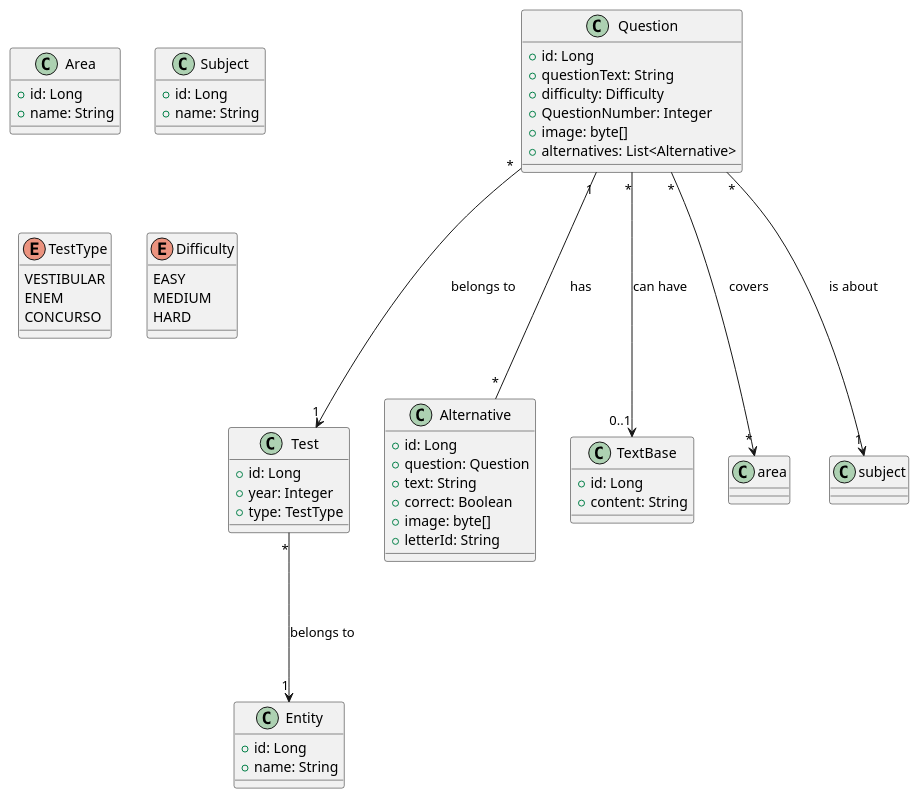
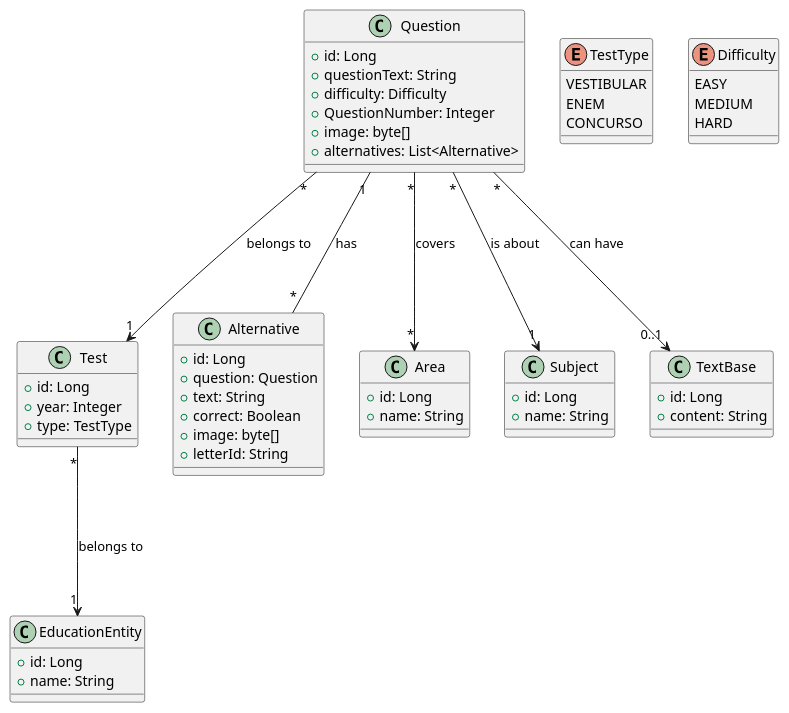
One commit to danielgut763/Stooda changed the diagram in documentation/diagrama.puml. Above: the diagram before and after it, drawn with PlantUML.

Commit message:
documentation att2

```diff
--- a/documentation/diagrama.puml
+++ b/documentation/diagrama.puml
@@ -1,63 +1,63 @@
 @startuml
 
-class Entity {
+class EducationEntity {
     +id: Long
     +name: String
 }
 
 class Test {
     +id: Long
     +year: Integer
     +type: TestType
 }
 
 class Question {
     +id: Long
     +questionText: String
     +difficulty: Difficulty
     +QuestionNumber: Integer
     +image: byte[]
     +alternatives: List<Alternative>
 }
 class Alternative {
     +id: Long
     +question: Question
     +text: String
     +correct: Boolean
     +image: byte[]
     +letterId: String
 }
 class Area {
     +id: Long
     +name: String
 }
 
 class Subject {
     +id: Long
     +name: String
 }
 
 class TextBase {
     +id: Long
     +content: String
 }
 
 enum TestType {
     VESTIBULAR
     ENEM
     CONCURSO
 }
 
 enum Difficulty {
     EASY
     MEDIUM
     HARD
 }
 
-Test "*"--->"1" Entity : belongs to
+Test "*"--->"1" EducationEntity : belongs to
 Question "*"--->"1" Test : belongs to
 Question "1"---"*" Alternative : has
-Question "*"--->"*" area : covers
-Question "*"--->"1" subject : is about
+Question "*"--->"*" Area : covers
+Question "*"--->"1" Subject : is about
 Question "*"--->"0..1" TextBase : can have
 @enduml
```
